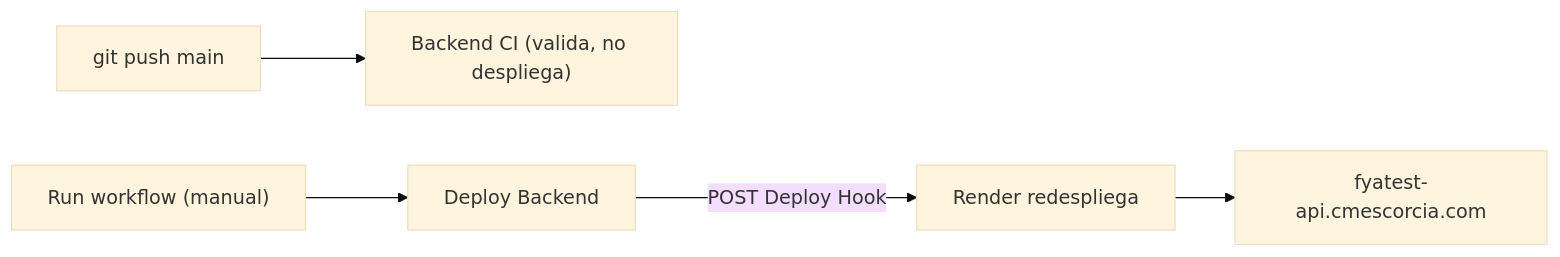
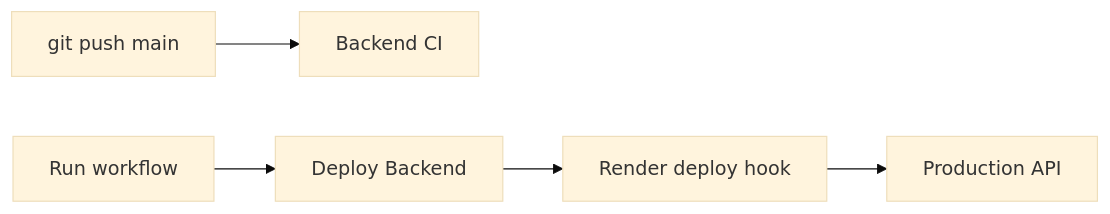
The third of 3 diagrams in README.md (CarlosPolo019/credit-backend), drawn with Mermaid (base theme) before and after one commit. The commit also changed other lines of this file, not shown here.

Commit message:
docs: simplify mermaid diagrams

````diff
--- a/README.md
+++ b/README.md
@@ -221,7 +221,7 @@
 ```mermaid
 flowchart LR
-  dev["git push main"] --> ci["Backend CI (valida, no despliega)"]
-  operator["Run workflow (manual)"] --> deploy["Deploy Backend"]
-  deploy -->|POST Deploy Hook| render["Render redespliega"]
-  render --> prod["fyatest-api.cmescorcia.com"]
+  PUSH[git push main] --> CI[Backend CI]
+  RUN[Run workflow] --> DEPLOY[Deploy Backend]
+  DEPLOY --> RENDER[Render deploy hook]
+  RENDER --> PROD[Production API]
 ```
````
